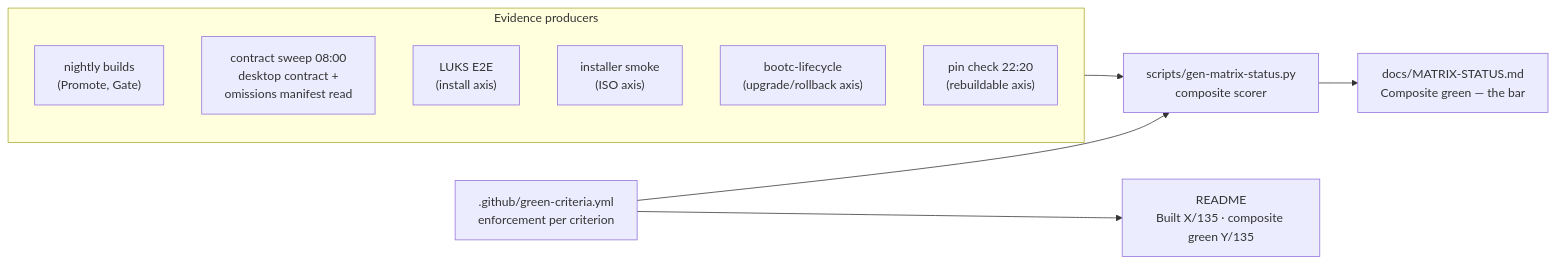
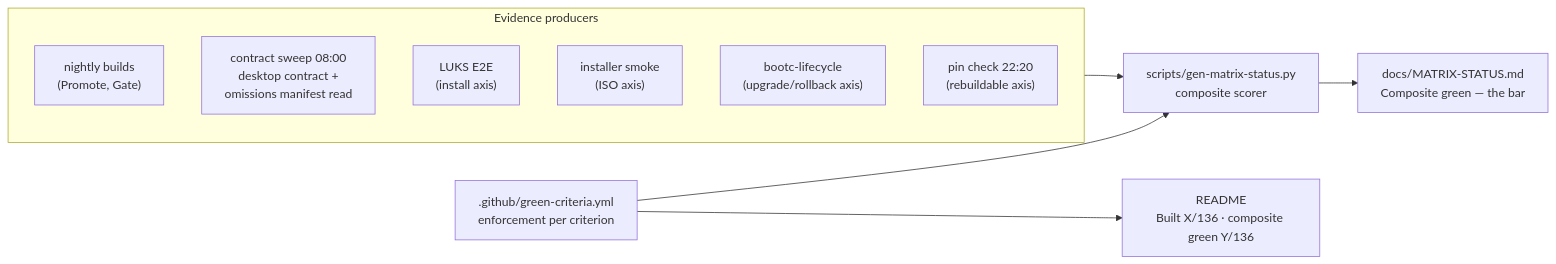
One commit to tuna-os/tunaOS changed the fifth of 5 diagrams in docs/DEVELOPER-GUIDE.md. Above: the diagram before and after it, drawn with Mermaid. The commit also changed other lines of this file and 6 other files, not shown here.

````diff
--- a/docs/DEVELOPER-GUIDE.md
+++ b/docs/DEVELOPER-GUIDE.md
@@ -258,20 +258,20 @@
 ```mermaid
 flowchart LR
     subgraph evidence["Evidence producers"]
         BLD["nightly builds<br/>(Promote, Gate)"]
         SWEEP["contract sweep 08:00<br/>desktop contract +<br/>omissions manifest read"]
         LUKS["LUKS E2E<br/>(install axis)"]
         ISO["installer smoke<br/>(ISO axis)"]
         LC["bootc-lifecycle<br/>(upgrade/rollback axis)"]
         PIN["pin check 22:20<br/>(rebuildable axis)"]
     end
     CRIT[".github/green-criteria.yml<br/>enforcement per criterion"]
     GEN["scripts/gen-matrix-status.py<br/>composite scorer"]
     MS["docs/MATRIX-STATUS.md<br/>Composite green — the bar"]
-    RM["README<br/>Built X/135 · composite green Y/135"]
+    RM["README<br/>Built X/136 · composite green Y/136"]
 
     evidence --> GEN
     CRIT --> GEN
     GEN --> MS
     CRIT --> RM
 ```
````
